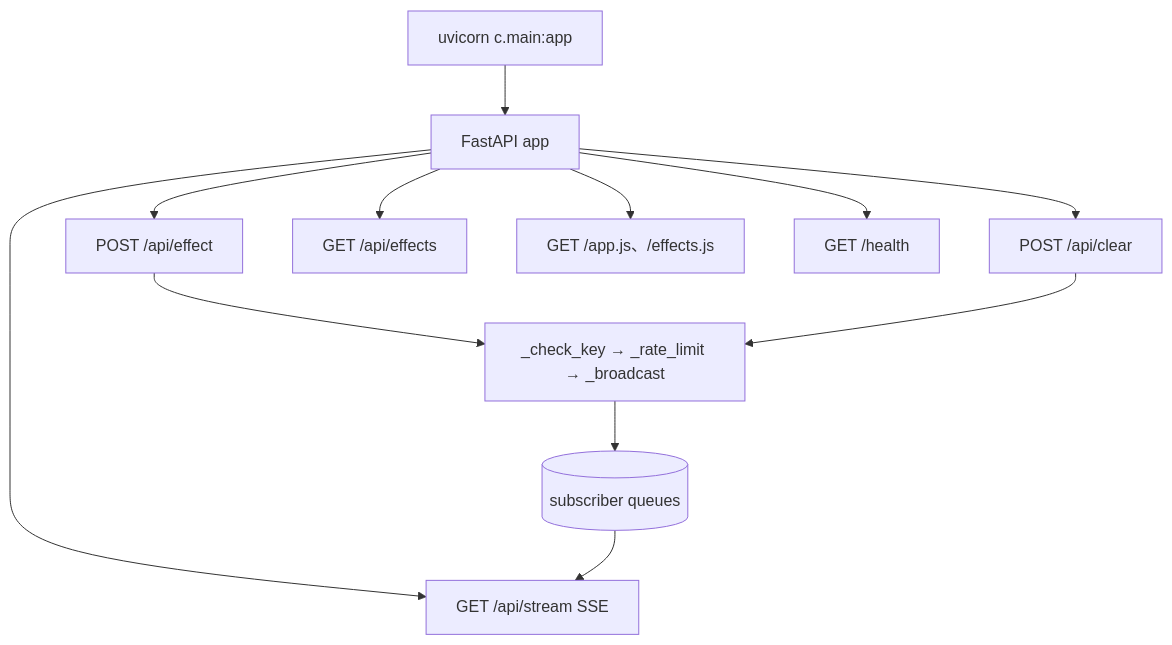
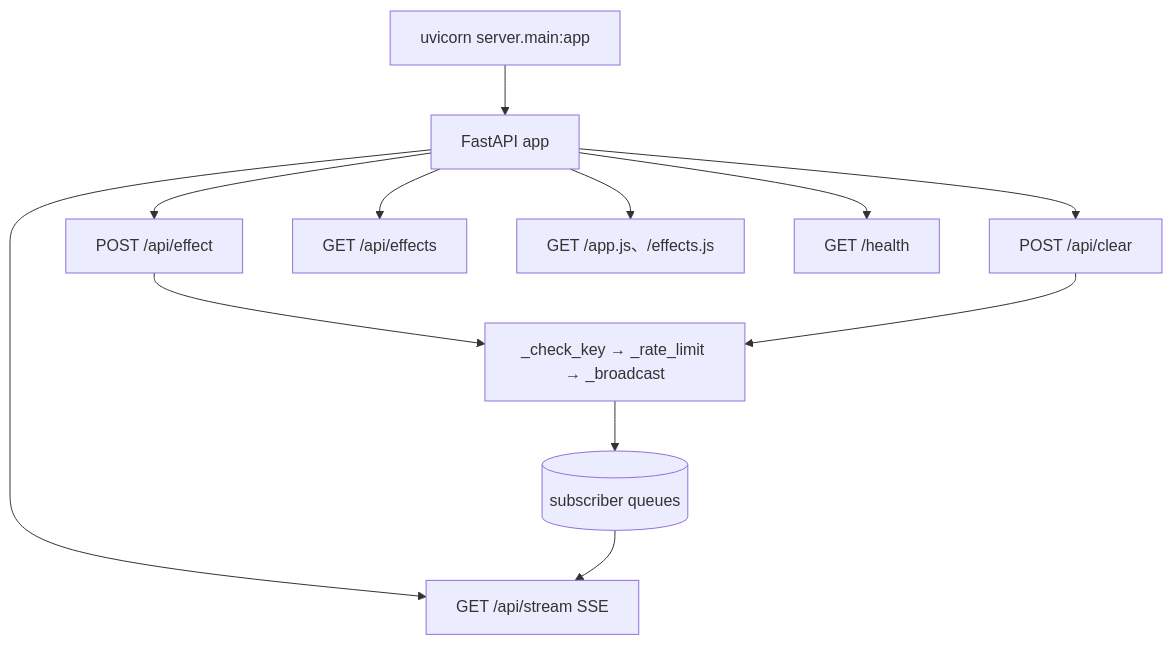
Before and after one commit to zivngit/Real-time-Interaction-html: the first of 3 diagrams in docs/agents/CALL_GRAPH.md, drawn with Mermaid. The commit also changed other lines of this file and 10 other files, not shown here.

````diff
--- a/docs/agents/CALL_GRAPH.md
+++ b/docs/agents/CALL_GRAPH.md
@@ -15,14 +15,14 @@
 ```mermaid
 flowchart TD
-    A[uvicorn c.main:app] --> C[FastAPI app]
+    A[uvicorn server.main:app] --> C[FastAPI app]
     C --> R1[POST /api/effect]
     C --> R2[POST /api/clear]
     C --> R3[GET /api/stream SSE]
     C --> R4[GET /api/effects]
     C --> R5[GET /app.js、/effects.js]
     C --> R6[GET /health]
     R1 --> P1[_check_key → _rate_limit → _broadcast]
     R2 --> P1
     P1 --> Q[(subscriber queues)]
     Q --> R3
 ```
````
